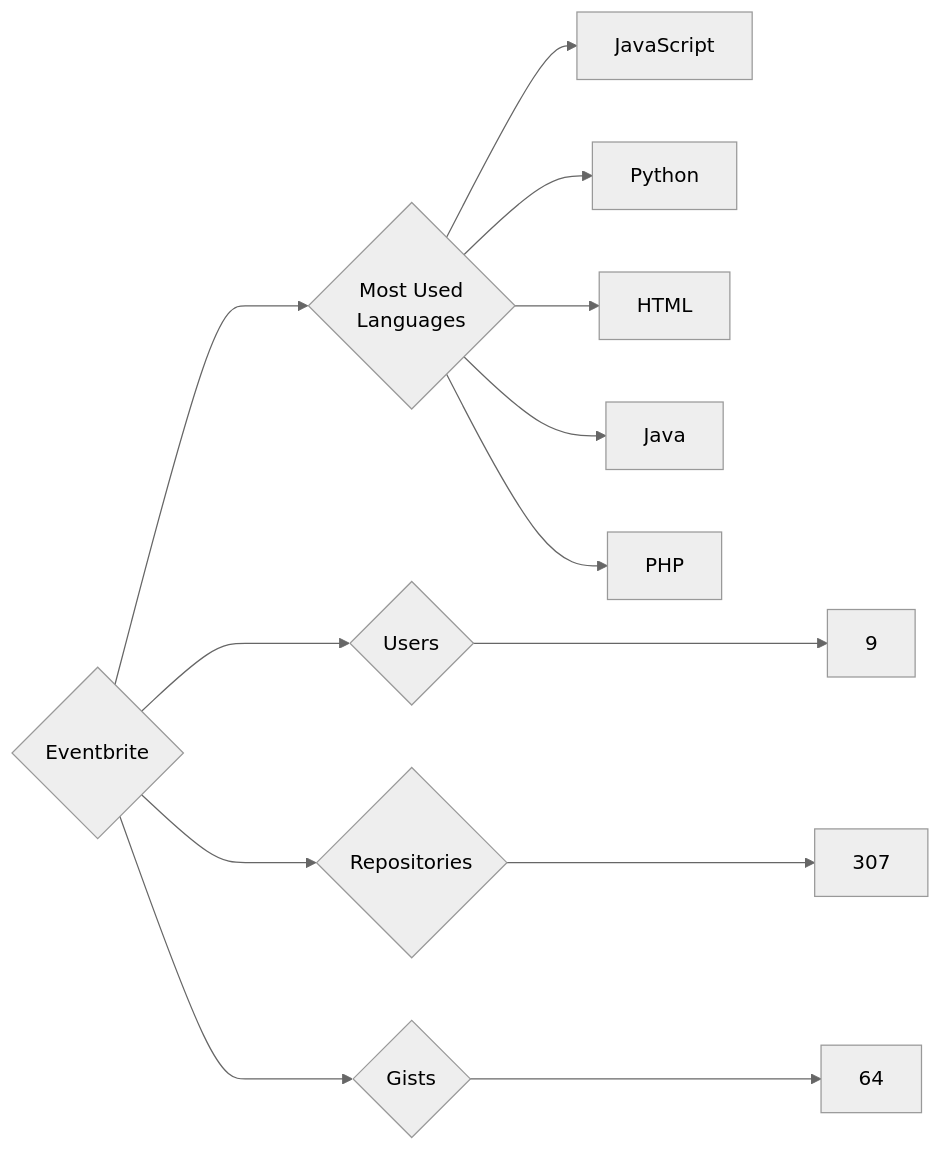
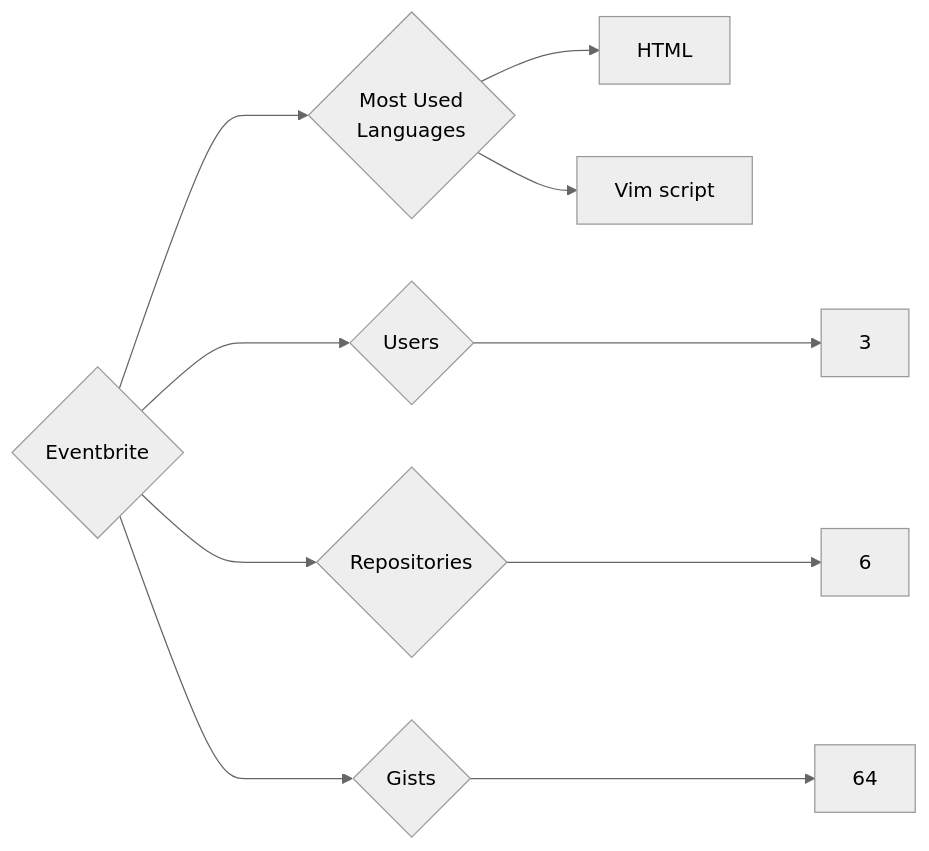
Before and after one commit to trickest/insiders: the diagram in targets/Eventbrite/README.md, drawn with Mermaid (neutral theme). The commit also changed 872 other files, not shown here.

````diff
--- a/targets/Eventbrite/README.md
+++ b/targets/Eventbrite/README.md
@@ -3,13 +3,10 @@
 ```mermaid
 graph LR
 COMPANY_NAME{Eventbrite}
-COMPANY_NAME ---> U{Users} ---> UN[9]
-COMPANY_NAME ---> R{Repositories} ---> RN[307]
+COMPANY_NAME ---> U{Users} ---> UN[3]
+COMPANY_NAME ---> R{Repositories} ---> RN[6]
 COMPANY_NAME ---> G{Gists} ---> GN[64]
 COMPANY_NAME ---> ML{Most Used<br>Languages}
-ML --> JavaScript[JavaScript]
-ML --> Python[Python]
 ML --> HTML[HTML]
-ML --> Java[Java]
-ML --> PHP[PHP]
+ML --> Vim_script[Vim script]
 ```
````
